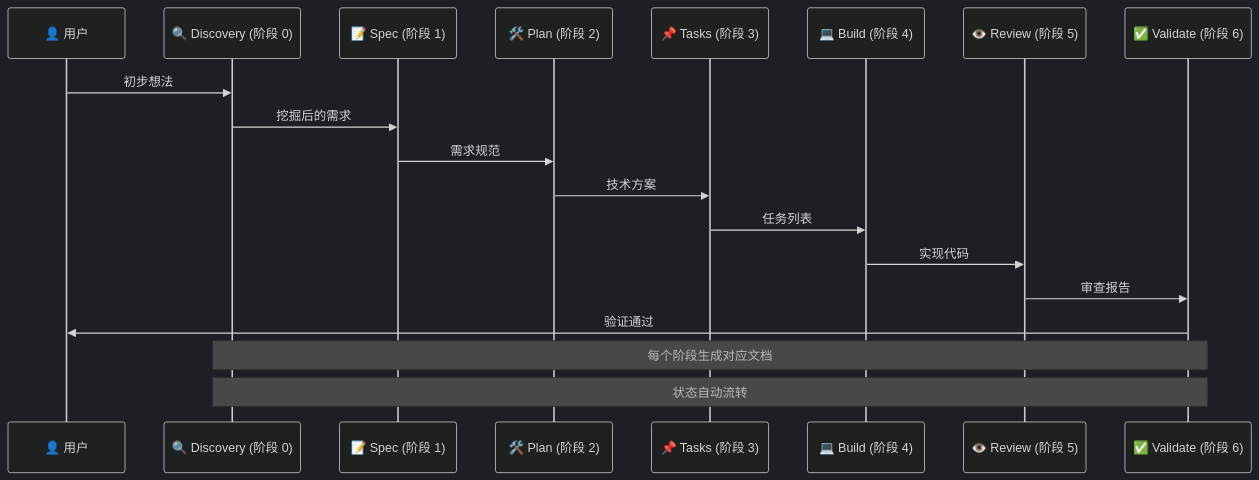
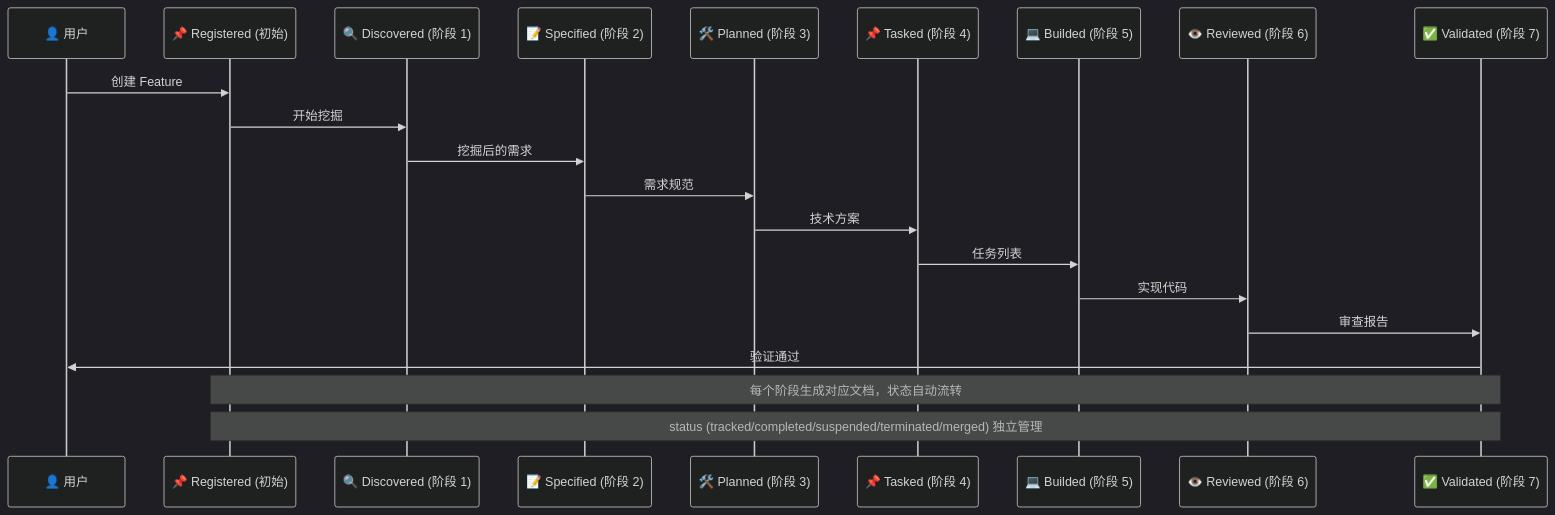
Before and after one commit to THZSummer/sddu: the third of 5 diagrams in README.md, drawn with Mermaid (dark theme). The commit also changed other lines of this file, not shown here.

Commit message:
docs: 更新 README 至 v1.4.1 — 8 阶段工作流 + v3.0.0 两字段模型 + 15 Feature

````diff
--- a/README.md
+++ b/README.md
@@ -303,23 +311,25 @@
 ```mermaid
 sequenceDiagram
     participant User as 👤 用户
-    participant D as 🔍 Discovery (阶段 0)
-    participant S as 📝 Spec (阶段 1)
-    participant P as 🛠️ Plan (阶段 2)
-    participant T as 📌 Tasks (阶段 3)
-    participant B as 💻 Build (阶段 4)
-    participant R as 👁️ Review (阶段 5)
-    participant V as ✅ Validate (阶段 6)
-    
-    User->>D: 初步想法
+    participant R as 📌 Registered (初始)
+    participant D as 🔍 Discovered (阶段 1)
+    participant S as 📝 Specified (阶段 2)
+    participant P as 🛠️ Planned (阶段 3)
+    participant T as 📌 Tasked (阶段 4)
+    participant B as 💻 Builded (阶段 5)
+    participant RV as 👁️ Reviewed (阶段 6)
+    participant V as ✅ Validated (阶段 7)
+
+    User->>R: 创建 Feature
+    R->>D: 开始挖掘
     D->>S: 挖掘后的需求
     S->>P: 需求规范
     P->>T: 技术方案
     T->>B: 任务列表
-    B->>R: 实现代码
-    R->>V: 审查报告
+    B->>RV: 实现代码
+    RV->>V: 审查报告
     V->>User: 验证通过
-    
-    Note over D,V: 每个阶段生成对应文档
-    Note over D,V: 状态自动流转
+
+    Note over R,V: 每个阶段生成对应文档，状态自动流转
+    Note over R,V: status (tracked/completed/suspended/terminated/merged) 独立管理
 ```
````
